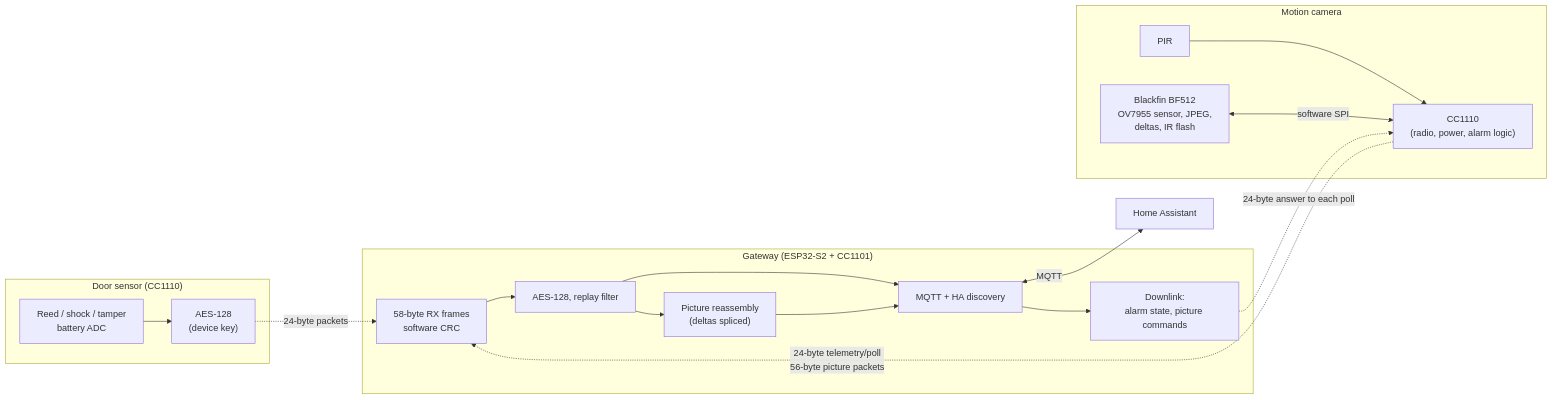
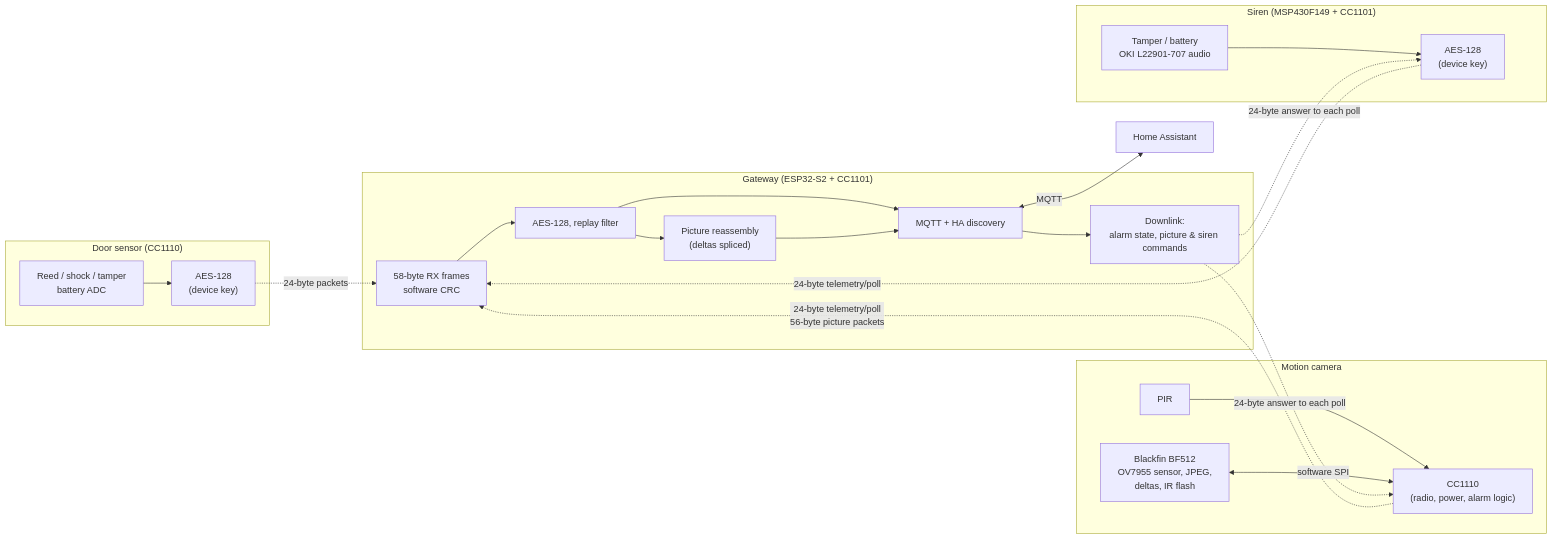
Before and after one commit to BonBear/open-verisure: the diagram in README.md, drawn with Mermaid. The commit also changed other lines of this file and 7 other files, not shown here.

````diff
--- a/README.md
+++ b/README.md
@@ -32,21 +32,26 @@
 ```mermaid
 flowchart LR
     subgraph DOOR["Door sensor (CC1110)"]
         D["Reed / shock / tamper\nbattery ADC"] --> DA["AES-128\n(device key)"]
     end
     subgraph CAM["Motion camera"]
         PIR["PIR"] --> CC["CC1110\n(radio, power, alarm logic)"]
         BF["Blackfin BF512\nOV7955 sensor, JPEG,\ndeltas, IR flash"] <-->|"software SPI"| CC
     end
+    subgraph SIREN["Siren (MSP430F149 + CC1101)"]
+        SR["Tamper / battery\nOKI L22901-707 audio"] --> SA["AES-128\n(device key)"]
+    end
     subgraph GW["Gateway (ESP32-S2 + CC1101)"]
         RX["58-byte RX frames\nsoftware CRC"] --> DEC["AES-128, replay filter"]
         DEC --> IMG["Picture reassembly\n(deltas spliced)"]
         DEC --> MQ["MQTT + HA discovery"]
         IMG --> MQ
-        MQ --> DL["Downlink:\nalarm state, picture commands"]
+        MQ --> DL["Downlink:\nalarm state, picture & siren commands"]
     end
     DA -.->|"24-byte packets"| RX
     CC -.->|"24-byte telemetry/poll\n56-byte picture packets"| RX
+    SA -.->|"24-byte telemetry/poll"| RX
     DL -.->|"24-byte answer to each poll"| CC
+    DL -.->|"24-byte answer to each poll"| SA
     MQ <-->|"MQTT"| HA["Home Assistant"]
 ```
````
